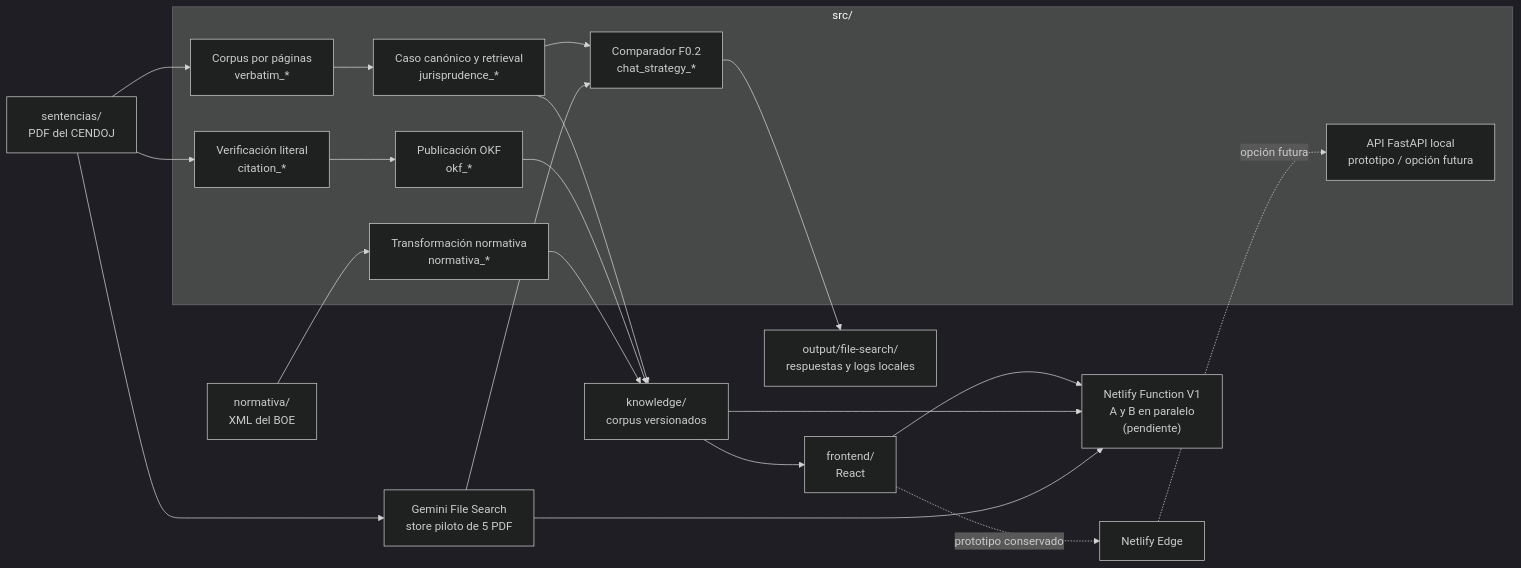
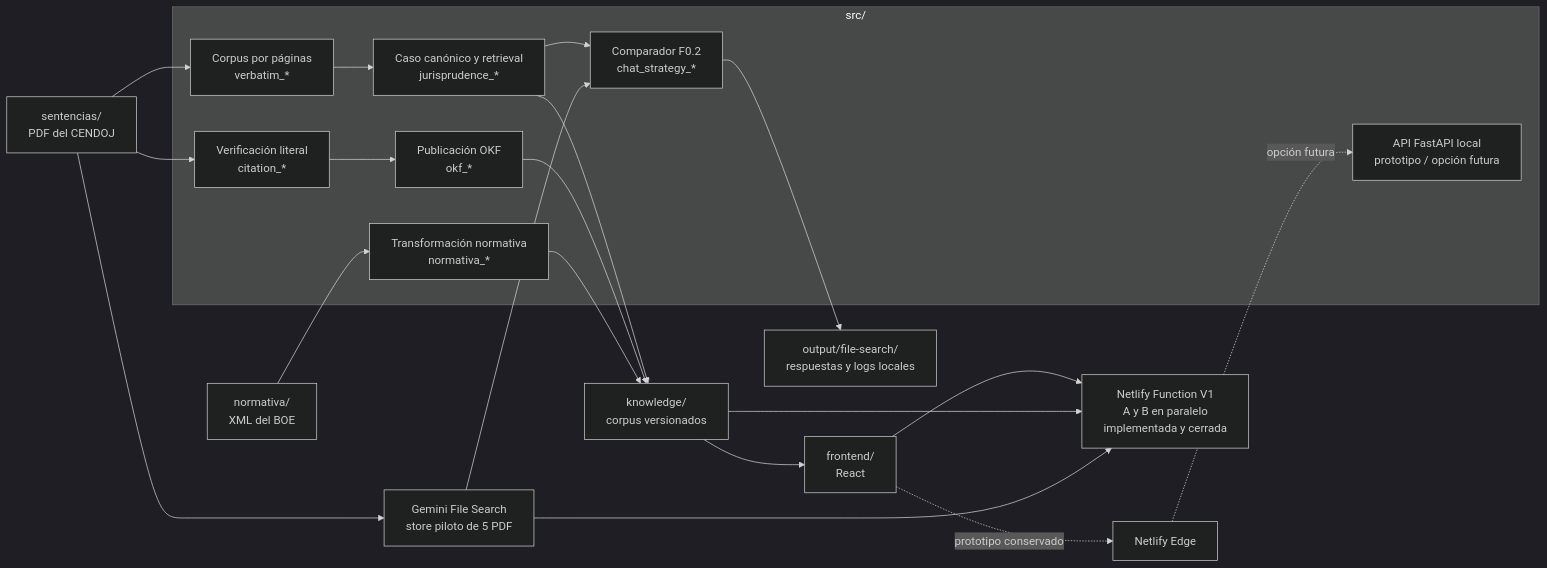
The diagram in docs/ARCHITECTURE.md (jmgb/residenciafiscal), drawn with Mermaid (dark theme) before and after one commit. The commit also changed other lines of this file and 52 other files, not shown here.

````diff
--- a/docs/ARCHITECTURE.md
+++ b/docs/ARCHITECTURE.md
@@ -13,33 +13,33 @@
 ```mermaid
 flowchart LR
     PDF["sentencias/<br/>PDF del CENDOJ"]
     BOE["normativa/<br/>XML del BOE"] --> NORM
     PDF --> FILESEARCH["Gemini File Search<br/>store piloto de 5 PDF"]
 
     subgraph PYTHON["src/"]
         API["API FastAPI local<br/>prototipo / opción futura"]
         CITES["Verificación literal<br/>citation_*"]
         CASES["Caso canónico y retrieval<br/>jurisprudence_*"]
         OKF["Publicación OKF<br/>okf_*"]
         VERBATIM["Corpus por páginas<br/>verbatim_*"]
         NORM["Transformación normativa<br/>normativa_*"]
         CHAT["Comparador F0.2<br/>chat_strategy_*"]
     end
 
     PDF --> CITES
     CITES --> OKF
     PDF --> VERBATIM
     VERBATIM --> CASES
     CASES --> CHAT
     FILESEARCH --> CHAT
     CHAT --> CHATOUT["output/file-search/<br/>respuestas y logs locales"]
     CASES --> KNOWLEDGE["knowledge/<br/>corpus versionados"]
     OKF --> KNOWLEDGE
     NORM --> KNOWLEDGE
     KNOWLEDGE --> WEB["frontend/<br/>React"]
-    WEB --> FUNCTION["Netlify Function V1<br/>A y B en paralelo<br/>(pendiente)"]
+    WEB --> FUNCTION["Netlify Function V1<br/>A y B en paralelo<br/>implementada y cerrada"]
     KNOWLEDGE --> FUNCTION
     FILESEARCH --> FUNCTION
     WEB -. prototipo conservado .-> EDGE["Netlify Edge"]
     EDGE -. opción futura .-> API
 ```
````
